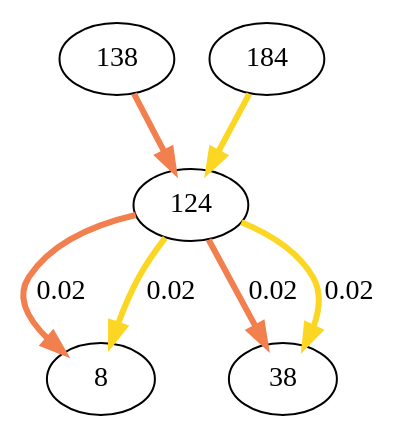
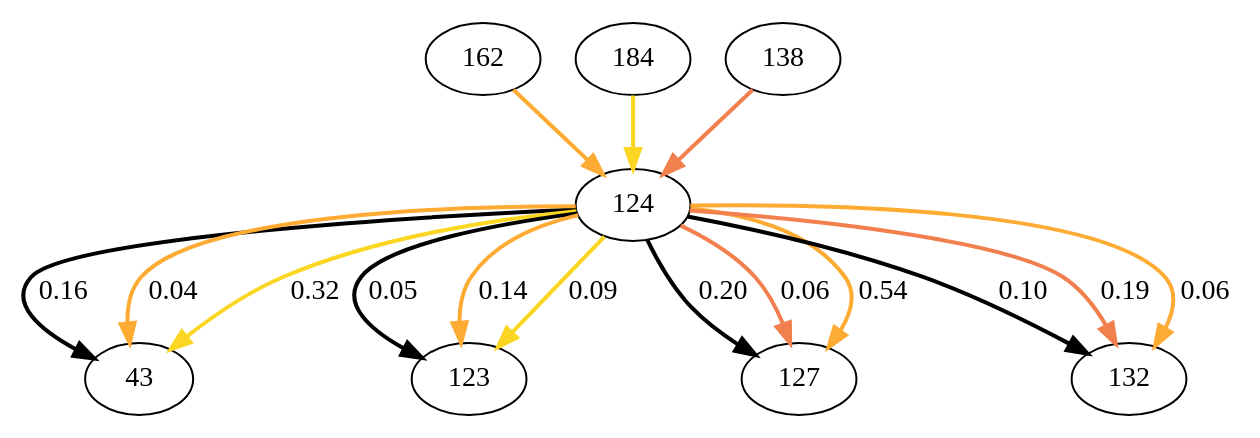
Before and after one commit to jonhyona/Potts_python_Ghislain: the diagram in graph/my_graph124.dot, drawn with Graphviz. The commit also changed 54 other files, not shown here.

```diff
--- a/graph/my_graph124.dot
+++ b/graph/my_graph124.dot
@@ -1,13 +1,25 @@
 digraph  {
+162;
+124;
+43;
+184;
+123;
 138;
-124;
-8;
-184;
-38;
-138 -> 124  [color="#f1804e", key=0, penwidth=3];
-124 -> 8  [color="#f1804e", key=0, label="0.02", penwidth=3];
-124 -> 8  [color="#fbd724", key=1, label="0.02", penwidth=3];
-124 -> 38  [color="#f1804e", key=0, label="0.02", penwidth=3];
-124 -> 38  [color="#fbd724", key=1, label="0.02", penwidth=3];
-184 -> 124  [color="#fbd724", key=0, penwidth=3];
+127;
+132;
+162 -> 124  [color="#fdab33", key=0, penwidth=2];
+124 -> 43  [color=black, key=0, label="0.16", penwidth=2];
+124 -> 43  [color="#fdab33", key=1, label="0.04", penwidth=2];
+124 -> 43  [color="#fbd724", key=2, label="0.32", penwidth=2];
+124 -> 123  [color=black, key=0, label="0.05", penwidth=2];
+124 -> 123  [color="#fdab33", key=1, label="0.14", penwidth=2];
+124 -> 123  [color="#fbd724", key=2, label="0.09", penwidth=2];
+124 -> 127  [color=black, key=0, label="0.20", penwidth=2];
+124 -> 127  [color="#f1804e", key=1, label="0.06", penwidth=2];
+124 -> 127  [color="#fdab33", key=2, label="0.54", penwidth=2];
+124 -> 132  [color=black, key=0, label="0.10", penwidth=2];
+124 -> 132  [color="#f1804e", key=1, label="0.19", penwidth=2];
+124 -> 132  [color="#fdab33", key=2, label="0.06", penwidth=2];
+184 -> 124  [color="#fbd724", key=0, penwidth=2];
+138 -> 124  [color="#f1804e", key=0, penwidth=2];
 }
```
